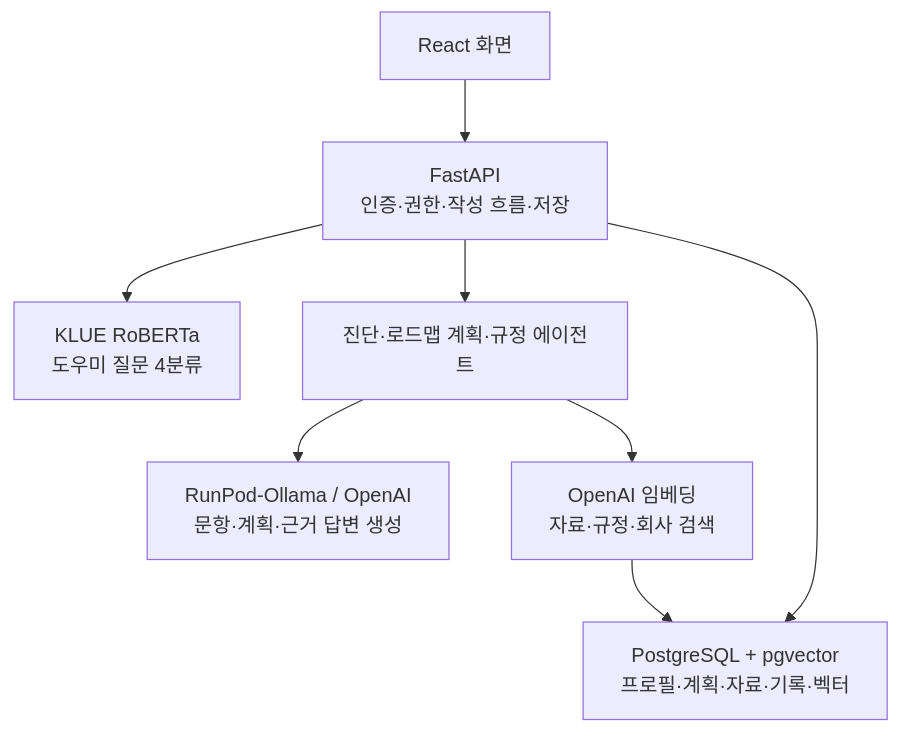
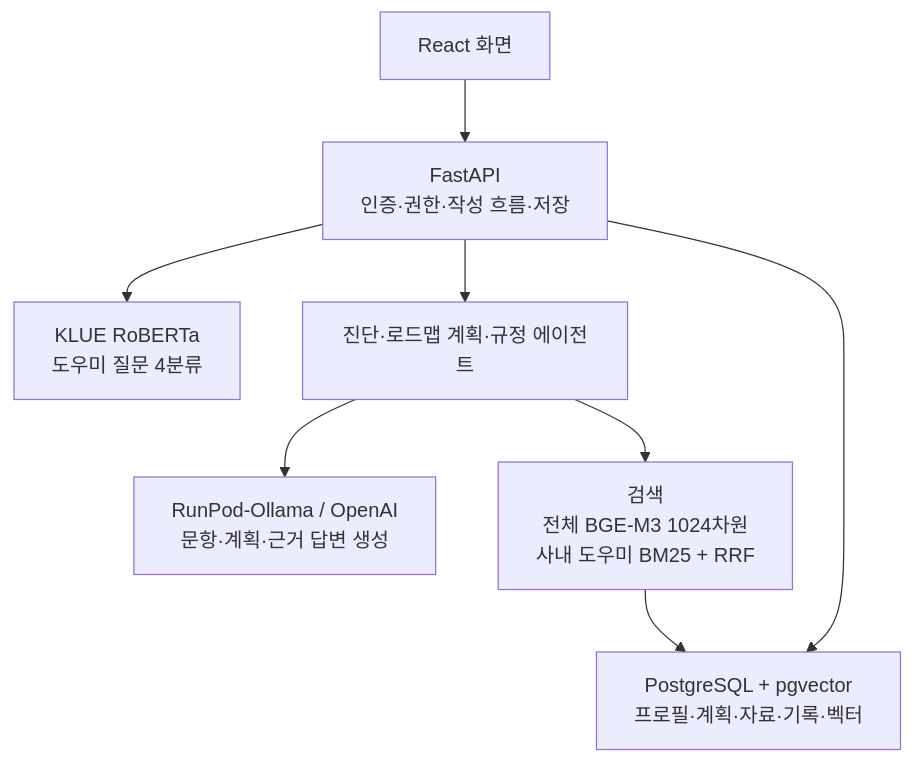
One commit to 20260528-skn-family-ai-33/SKN33-Final-2Team changed the second of 2 diagrams in README.md. Above: the diagram before and after it, drawn with Mermaid. The commit also changed other lines of this file and 57 other files, not shown here.

First line of the commit message:
feat: 전체 검색을 BGE-M3로 통일하고 이전 임베딩 경로 제거 (#133) (#129)

````diff
--- a/README.md
+++ b/README.md
@@ -67,10 +67,10 @@
 ```mermaid
 flowchart TB
     UI["React 화면"] --> API["FastAPI<br/>인증·권한·작성 흐름·저장"]
     API --> CLASSIFIER["KLUE RoBERTa<br/>도우미 질문 4분류"]
     API --> AGENTS["진단·로드맵 계획·규정 에이전트"]
     API --> DB["PostgreSQL + pgvector<br/>프로필·계획·자료·기록·벡터"]
     AGENTS --> LLM["RunPod-Ollama / OpenAI<br/>문항·계획·근거 답변 생성"]
-    AGENTS --> EMBED["OpenAI 임베딩<br/>자료·규정·회사 검색"]
+    AGENTS --> EMBED["검색<br/>전체 BGE-M3 1024차원<br/>사내 도우미 BM25 + RRF"]
     EMBED --> DB
 ```
````
